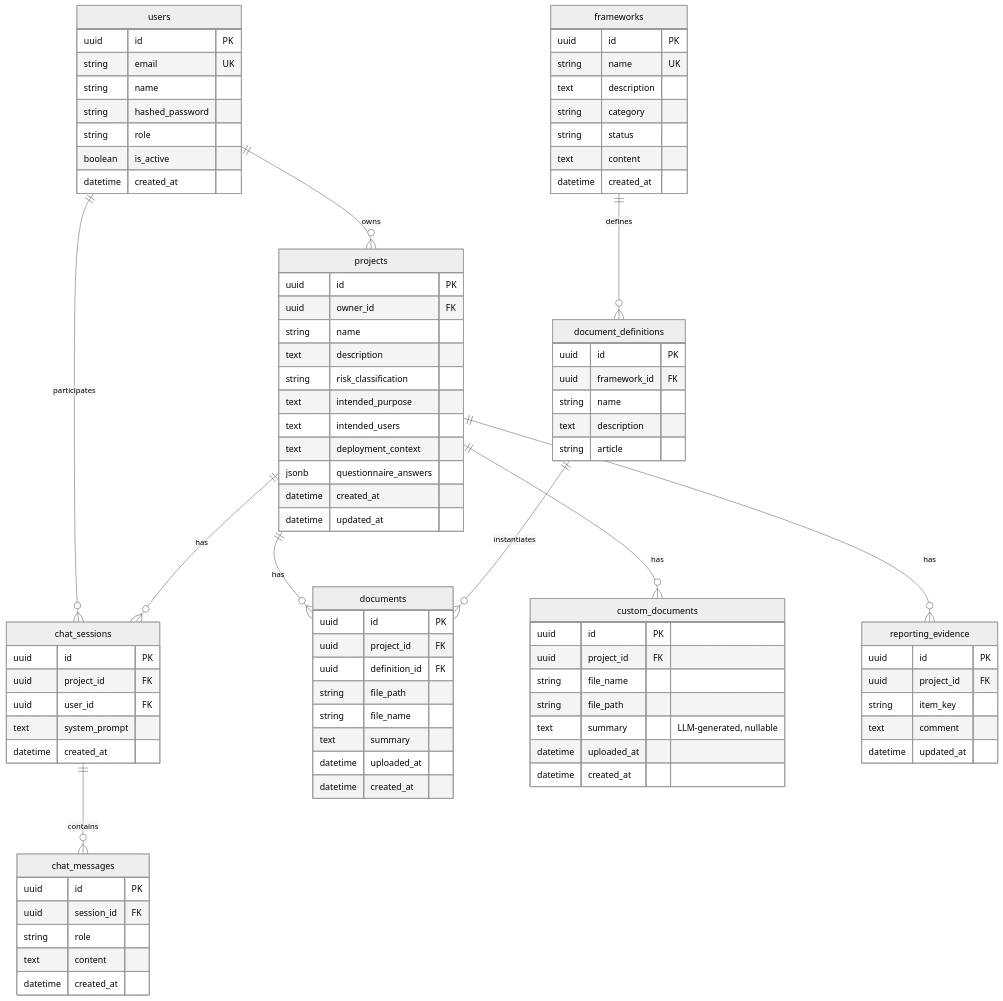
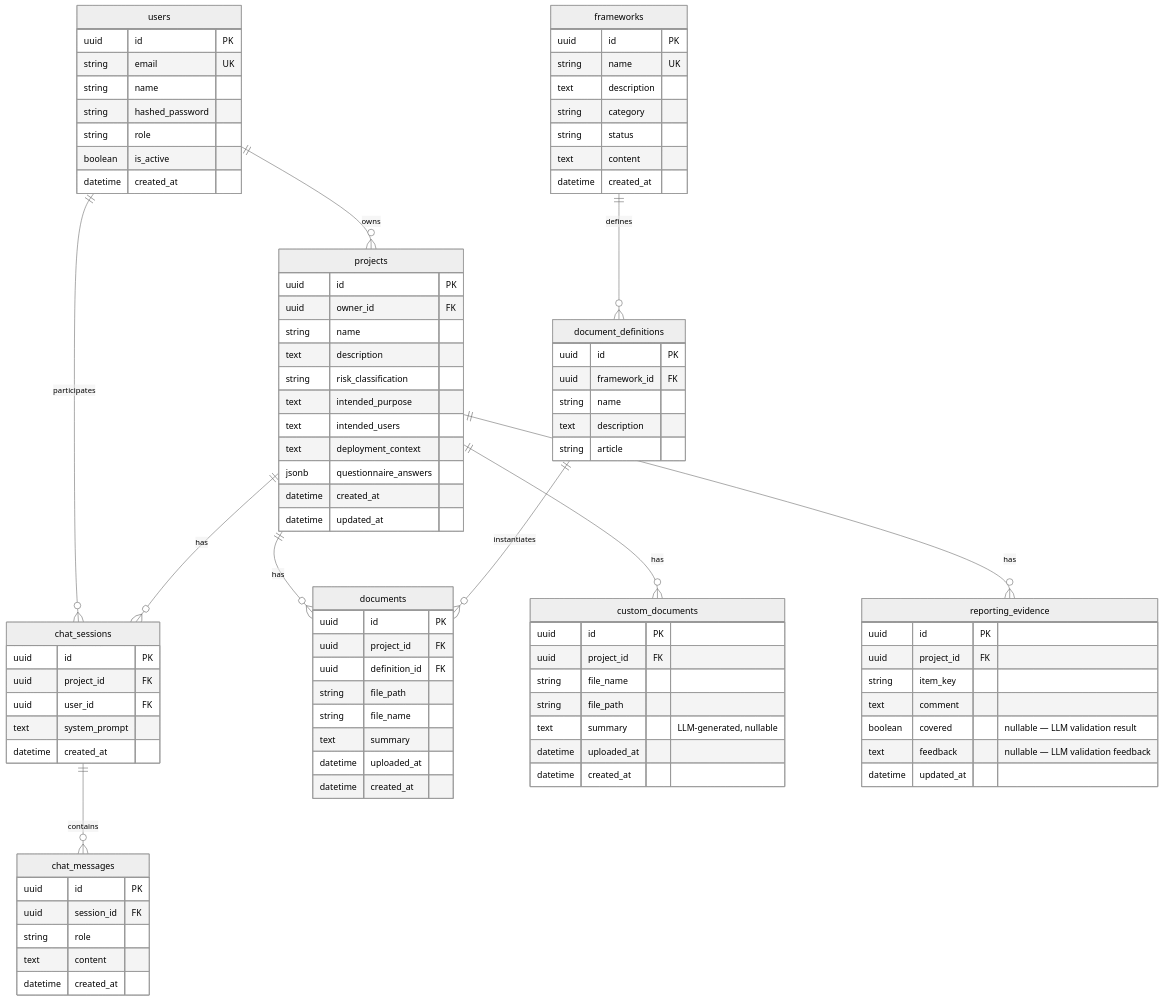
The second of 6 diagrams in docs/architecture.md (airbus/norma), drawn with Mermaid (neutral theme) before and after one commit. The commit also changed other lines of this file and 30 other files, not shown here.

```diff
--- a/docs/architecture.md
+++ b/docs/architecture.md
@@ -167,6 +167,8 @@
         uuid project_id FK
         string item_key
         text comment
+        boolean covered "nullable — LLM validation result"
+        text feedback "nullable — LLM validation feedback"
         datetime updated_at
     }
 
```
